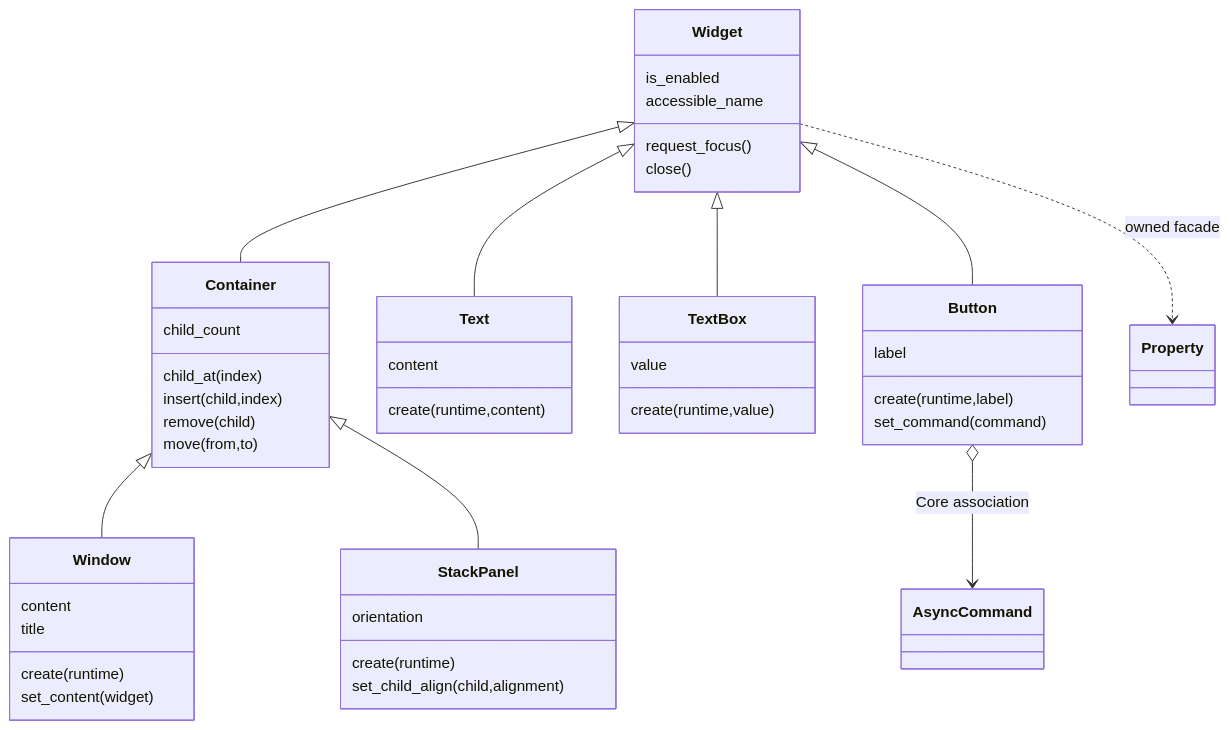
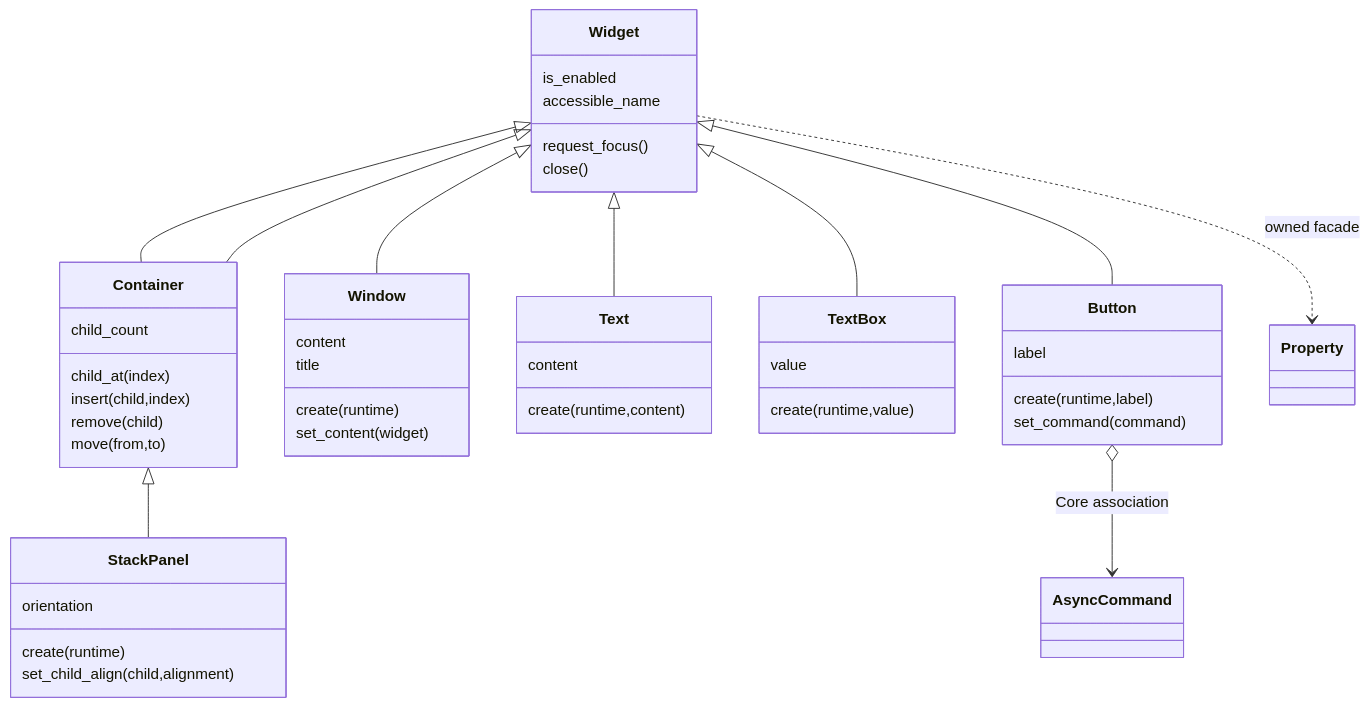
One commit to edamame-edame/freemvvm changed diagram 16 of 16 in .docs/13_detail_design/wrappers/python.md. Above: the diagram before and after it, drawn with Mermaid. The commit also changed other lines of this file and 8 other files, not shown here.

````diff
--- a/.docs/13_detail_design/wrappers/python.md
+++ b/.docs/13_detail_design/wrappers/python.md
@@ -921,49 +921,50 @@
 ```mermaid
 classDiagram
     direction TB
     class Widget {
         is_enabled
         accessible_name
         request_focus()
         close()
     }
     class Container {
         child_count
         child_at(index)
         insert(child,index)
         remove(child)
         move(from,to)
     }
     class Window {
         create(runtime)
         content
         set_content(widget)
         title
     }
     class StackPanel {
         create(runtime)
         orientation
         set_child_align(child,alignment)
     }
     class Text {
         create(runtime,content)
         content
     }
     class TextBox {
         create(runtime,value)
         value
     }
     class Button {
         create(runtime,label)
         label
         set_command(command)
     }
     Widget <|-- Container
-    Container <|-- Window
+    Widget <|-- Window
     Container <|-- StackPanel
     Widget <|-- Text
     Widget <|-- TextBox
+    Widget <|-- Container
     Widget <|-- Button
     Button o--> AsyncCommand : Core association
     Widget ..> Property : owned facade
 ```
````
